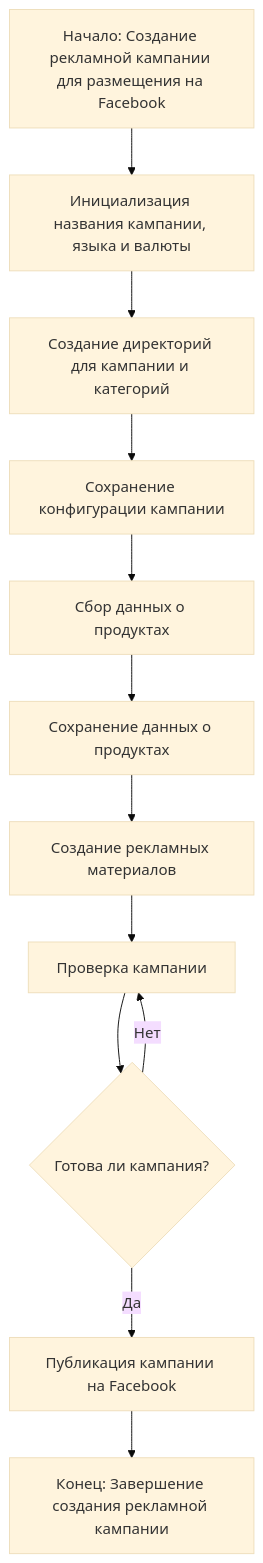
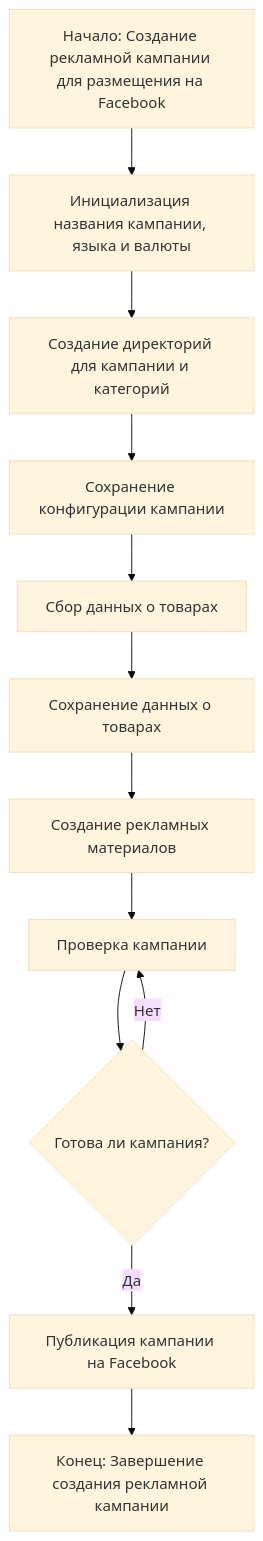
The diagram in docs/gemini/en/doc/src/suppliers/suppliers_list/aliexpress/campaign/README.RU.MD.md (hypo69/hypotez), drawn with Mermaid (base theme) before and after one commit. The commit also changed other lines of this file and 332 other files, not shown here.

````diff
--- a/docs/gemini/en/doc/src/suppliers/suppliers_list/aliexpress/campaign/README.RU.MD.md
+++ b/docs/gemini/en/doc/src/suppliers/suppliers_list/aliexpress/campaign/README.RU.MD.md
@@ -13,14 +13,14 @@
 ```mermaid
 flowchart TD
     A[Начало: Создание рекламной кампании для размещения на Facebook] --> B[Инициализация названия кампании, языка и валюты]
     B --> C[Создание директорий для кампании и категорий]
     C --> D[Сохранение конфигурации кампании]
-    D --> E[Сбор данных о продуктах]
-    E --> F[Сохранение данных о продуктах]
+    D --> E[Сбор данных о товарах]
+    E --> F[Сохранение данных о товарах]
     F --> G[Создание рекламных материалов]
     G --> H[Проверка кампании]
     H --> I{Готова ли кампания?}
     I -- Да --> J[Публикация кампании на Facebook]
     I -- Нет --> H
     J --> K[Конец: Завершение создания рекламной кампании]
 ```
````
